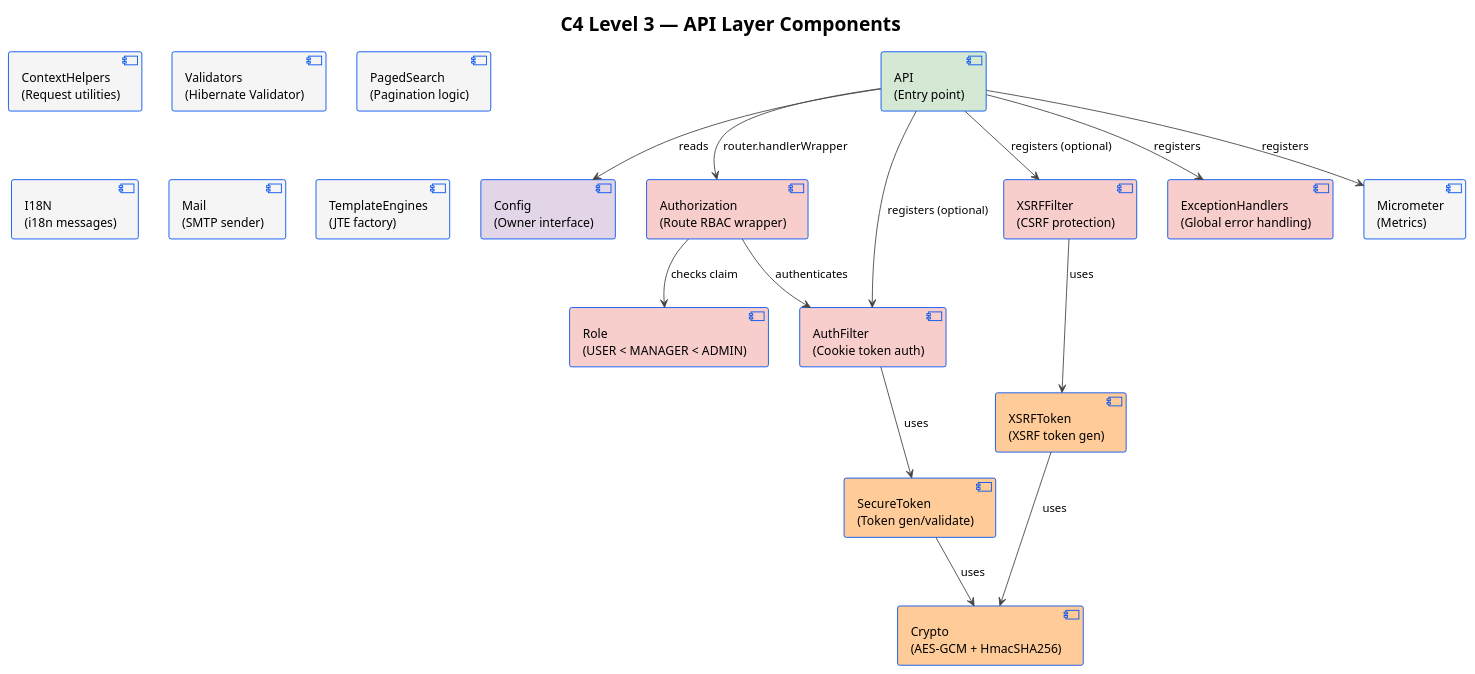
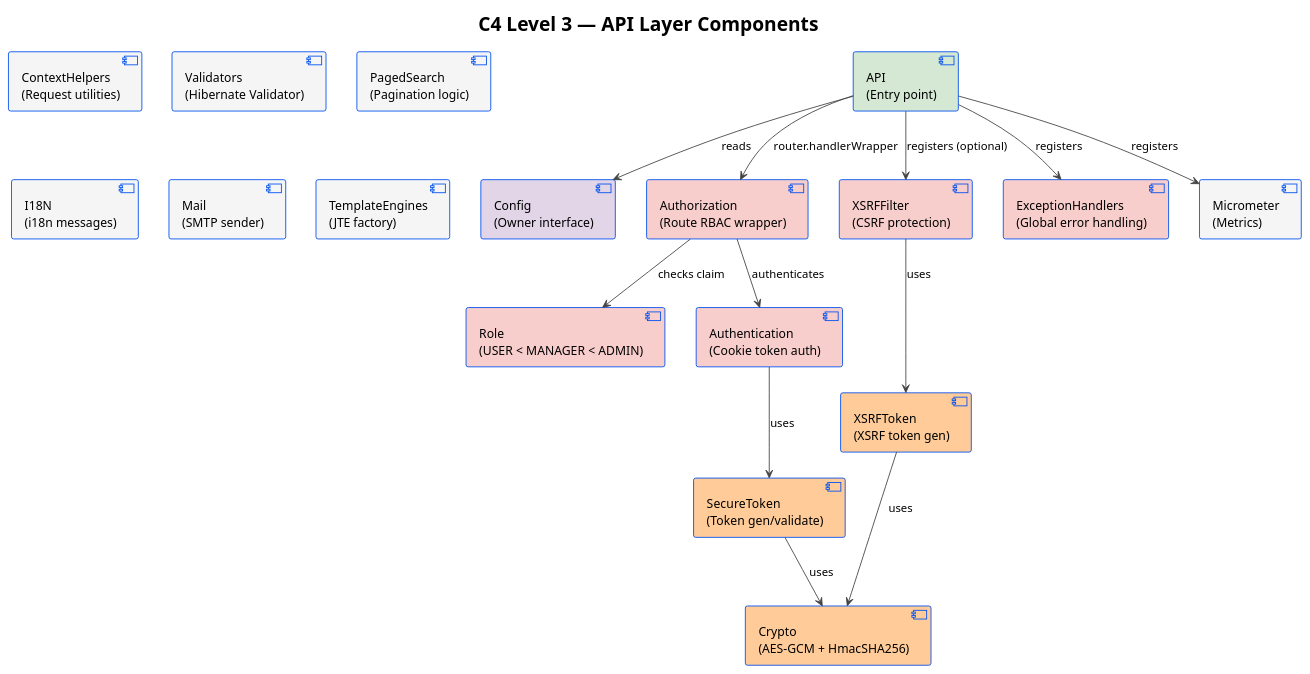
One commit to batzorigt/rest-api-template changed the third of 8 diagrams in ARCHITECTURE.md. Above: the diagram before and after it, drawn with PlantUML. The commit also changed other lines of this file and 6 other files, not shown here.

````diff
--- a/ARCHITECTURE.md
+++ b/ARCHITECTURE.md
@@ -146,45 +146,44 @@
 ```plantuml
 @startuml C4_Component_API
 !theme plain
 skinparam component {
   BorderColor #0050ef
   BackgroundColor #dce8ff
 }
 skinparam ArrowColor #444444
 
 title C4 Level 3 — API Layer Components
 
 component "API\n(Entry point)" as api #d5e8d4
 component "Config\n(Owner interface)" as config #e1d5e7
 component "Authorization\n(Route RBAC wrapper)" as authz #f8cecc
 component "Role\n(USER < MANAGER < ADMIN)" as role #f8cecc
-component "AuthFilter\n(Cookie token auth)" as auth #f8cecc
+component "Authentication\n(Cookie token auth)" as auth #f8cecc
 component "XSRFFilter\n(CSRF protection)" as xsrf #f8cecc
 component "ExceptionHandlers\n(Global error handling)" as ex #f8cecc
 component "ContextHelpers\n(Request utilities)" as ctx #f5f5f5
 component "Validators\n(Hibernate Validator)" as val #f5f5f5
 component "PagedSearch\n(Pagination logic)" as paged #f5f5f5
 component "I18N\n(i18n messages)" as i18n #f5f5f5
 component "Micrometer\n(Metrics)" as micro #f5f5f5
 component "Crypto\n(AES-GCM + HmacSHA256)" as crypto #ffcc99
 component "SecureToken\n(Token gen/validate)" as token #ffcc99
 component "XSRFToken\n(XSRF token gen)" as xtoken #ffcc99
 component "Mail\n(SMTP sender)" as mail #f5f5f5
 component "TemplateEngines\n(JTE factory)" as tmpl #f5f5f5
 
 api --> config : "reads"
 api --> authz : "router.handlerWrapper"
-api --> auth : "registers (optional)"
 api --> xsrf : "registers (optional)"
 api --> ex : "registers"
 api --> micro : "registers"
 
 authz --> role : "checks claim"
 authz --> auth : "authenticates"
 auth --> token : "uses"
 xsrf --> xtoken : "uses"
 token --> crypto : "uses"
 xtoken --> crypto : "uses"
 
 @enduml
 ```
````
